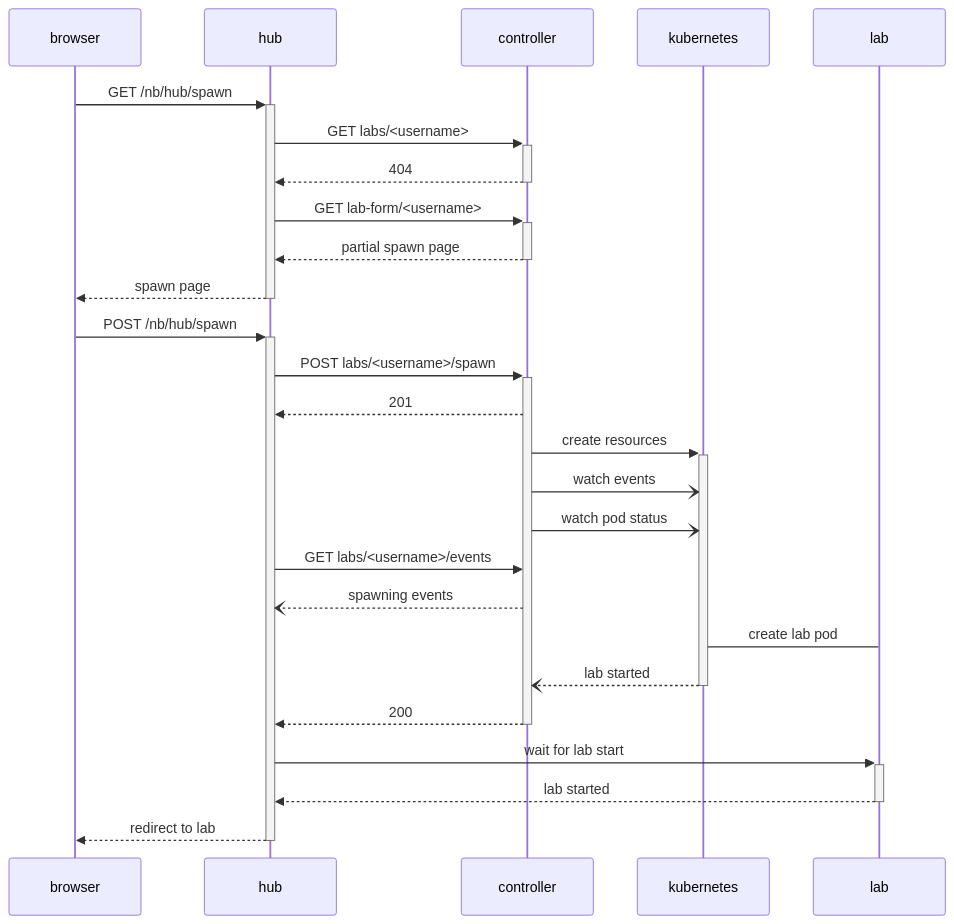
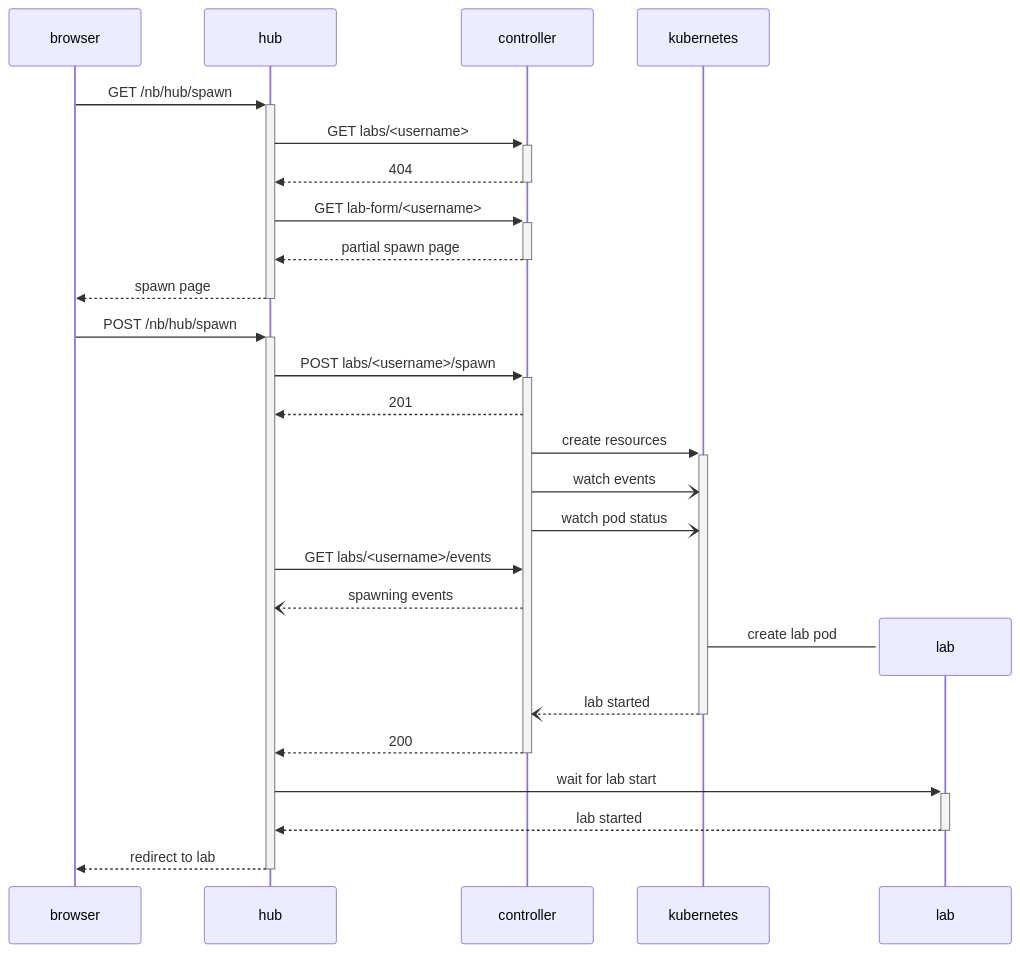
The diagram in docs/about/lab-spawn.mmd (lsst-sqre/nublado), drawn with Mermaid before and after one commit. The commit also changed 2 other files, not shown here.

Commit message:
Tweak the Mermaid interaction diagrams
Require the current version of Mermaid so that we can use actor
creation and restructure the Mermaid diagrams a bit to be clearer.

```diff
--- a/docs/about/lab-spawn.mmd
+++ b/docs/about/lab-spawn.mmd
@@ -1,23 +1,24 @@
 sequenceDiagram
   browser->>+hub: GET /nb/hub/spawn
   hub->>+controller: GET labs/<username>
   controller-->>-hub: 404
   hub->>+controller: GET lab-form/<username>
   controller-->>-hub: partial spawn page
   hub-->>-browser: spawn page
 
   browser->>+hub: POST /nb/hub/spawn
   hub->>+controller: POST labs/<username>/spawn
   controller-->>hub: 201
   controller->>+kubernetes: create resources
   controller-)kubernetes: watch events
   controller-)kubernetes: watch pod status
   hub->>controller: GET labs/<username>/events
   controller--)hub: spawning events
+  create participant lab
   kubernetes->lab: create lab pod
   kubernetes--)-controller: lab started
   controller-->>-hub: 200
 
   hub->>+lab: wait for lab start
   lab-->>-hub: lab started
   hub-->>-browser: redirect to lab
```
